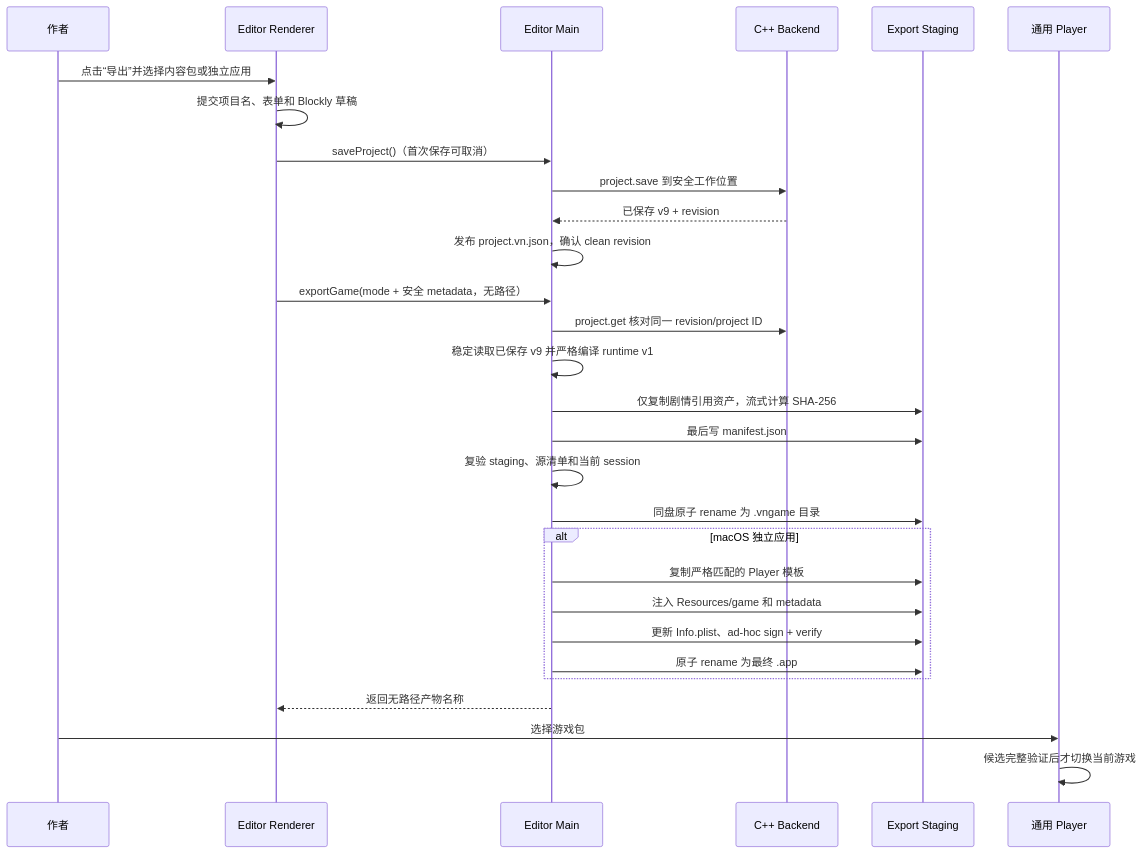
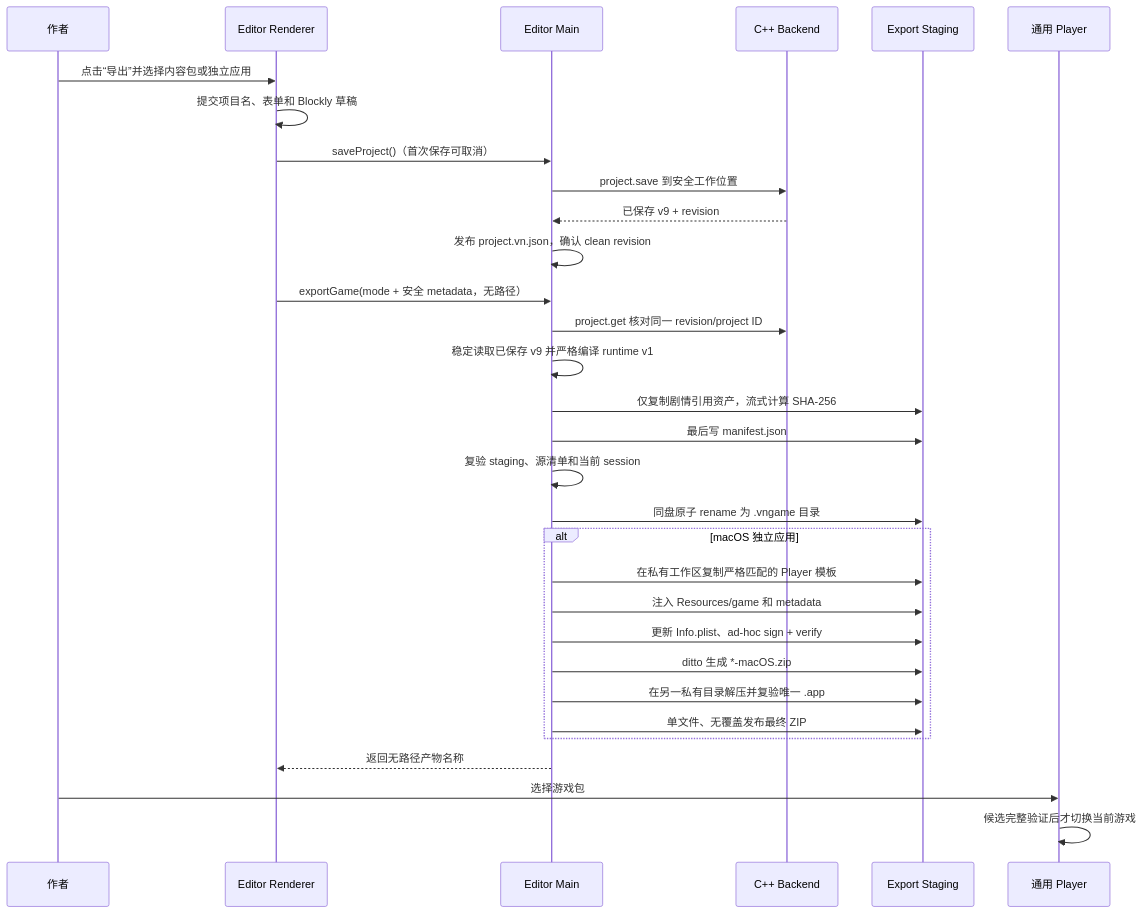
One commit to DarkboyRyan/Scratch-Novel-Engine changed the second of 3 diagrams in docs/game-export-player.md. Above: the diagram before and after it, drawn with Mermaid. The commit also changed other lines of this file and 11 other files, not shown here.

````diff
--- a/docs/game-export-player.md
+++ b/docs/game-export-player.md
@@ -234,32 +236,34 @@
 ```mermaid
 sequenceDiagram
   participant User as 作者
   participant UI as Editor Renderer
   participant Main as Editor Main
   participant CPP as C++ Backend
   participant Stage as Export Staging
   participant Player as 通用 Player
 
   User->>UI: 点击“导出”并选择内容包或独立应用
   UI->>UI: 提交项目名、表单和 Blockly 草稿
   UI->>Main: saveProject()（首次保存可取消）
   Main->>CPP: project.save 到安全工作位置
   CPP-->>Main: 已保存 v9 + revision
   Main->>Main: 发布 project.vn.json，确认 clean revision
   UI->>Main: exportGame(mode + 安全 metadata，无路径）
   Main->>CPP: project.get 核对同一 revision/project ID
   Main->>Main: 稳定读取已保存 v9 并严格编译 runtime v1
   Main->>Stage: 仅复制剧情引用资产，流式计算 SHA-256
   Main->>Stage: 最后写 manifest.json
   Main->>Main: 复验 staging、源清单和当前 session
   Main->>Stage: 同盘原子 rename 为 .vngame 目录
   alt macOS 独立应用
-    Main->>Stage: 复制严格匹配的 Player 模板
+    Main->>Stage: 在私有工作区复制严格匹配的 Player 模板
     Main->>Stage: 注入 Resources/game 和 metadata
     Main->>Stage: 更新 Info.plist、ad-hoc sign + verify
-    Main->>Stage: 原子 rename 为最终 .app
+    Main->>Stage: ditto 生成 *-macOS.zip
+    Main->>Stage: 在另一私有目录解压并复验唯一 .app
+    Main->>Stage: 单文件、无覆盖发布最终 ZIP
   end
   Main-->>UI: 返回无路径产物名称
   User->>Player: 选择游戏包
   Player->>Player: 候选完整验证后才切换当前游戏
 ```
````
